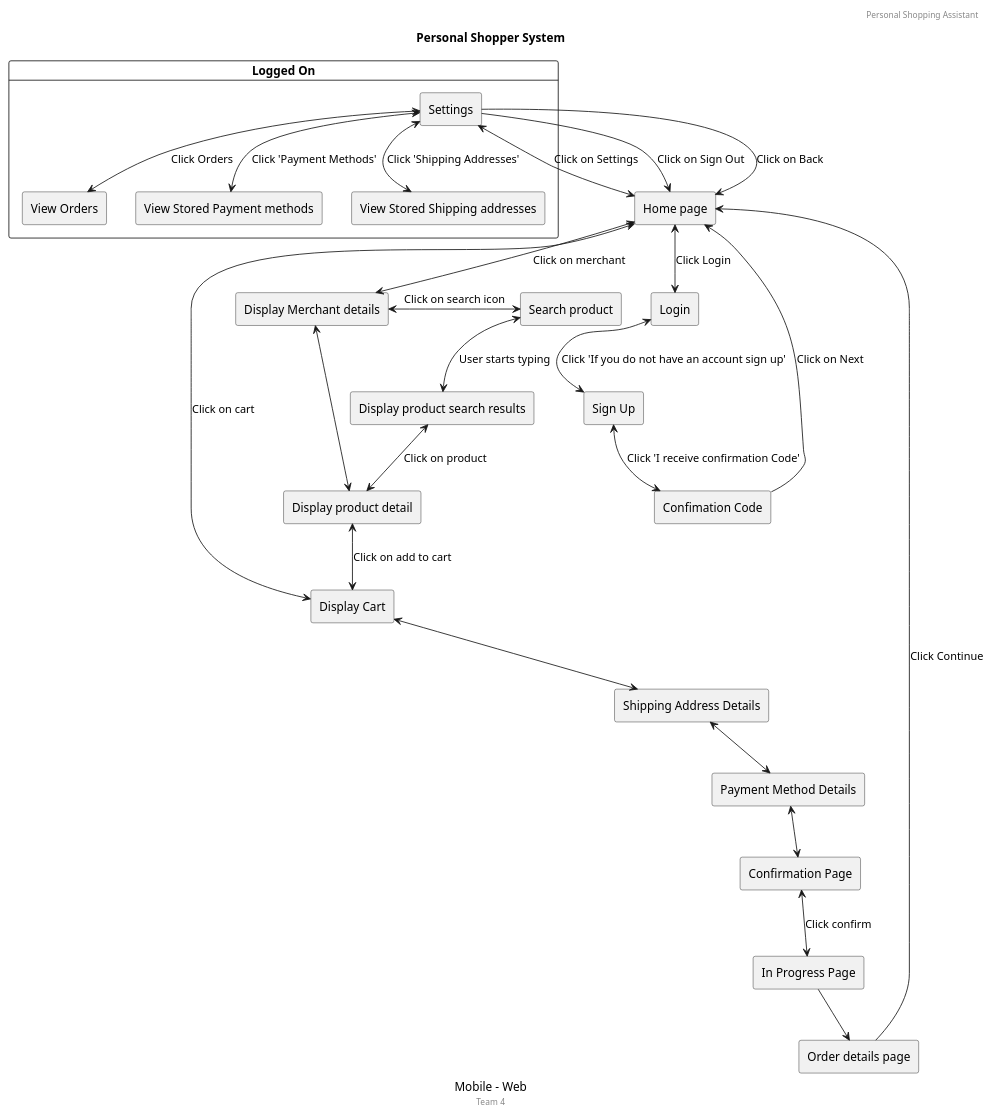
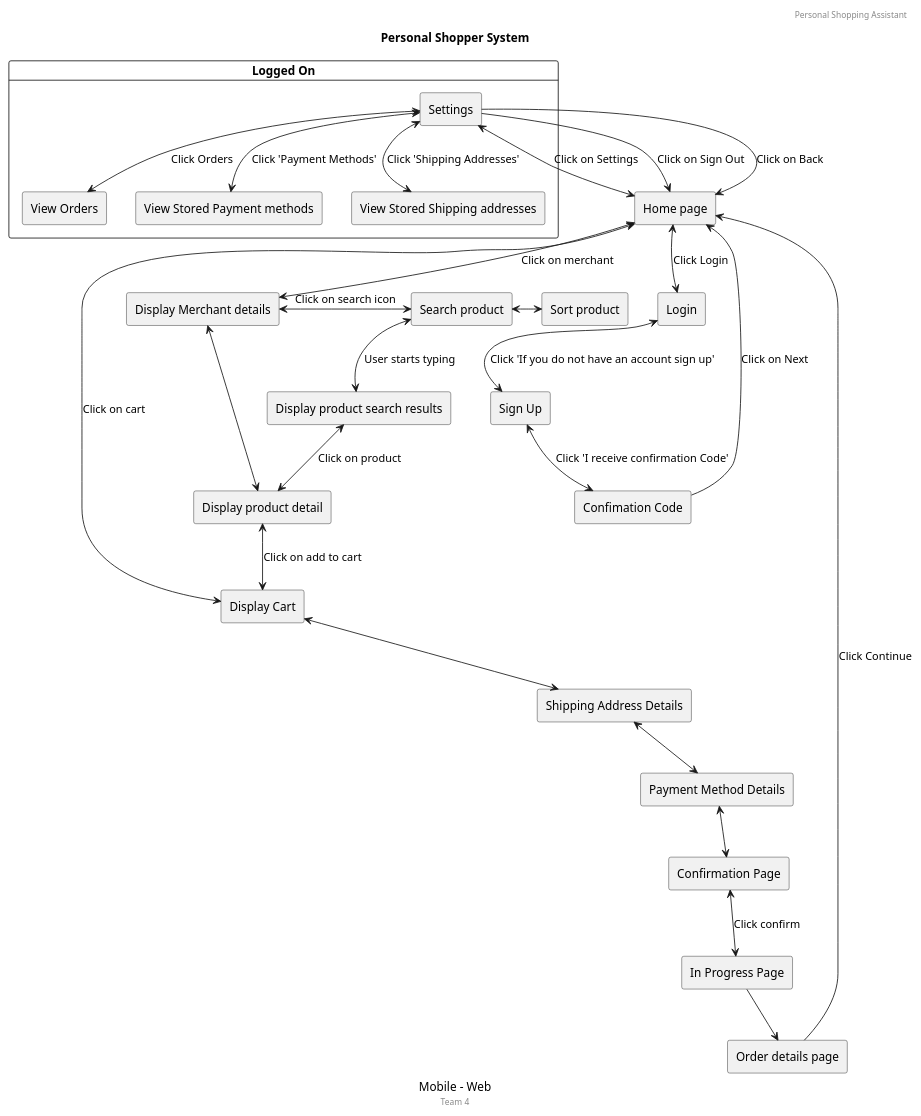
One commit to jjzcru/stevens-564 changed the diagram in Final Project/images/pss.pu. Above: the diagram before and after it, drawn with PlantUML. The commit also changed 11 other files, not shown here.

```diff
--- a/Final Project/images/pss.pu
+++ b/Final Project/images/pss.pu
@@ -1,63 +1,64 @@
 @startuml
 header Personal Shopping Assistant
 title Personal Shopper System
 caption Mobile - Web
 footer Team 4
 
 rectangle "Home page" as home
 rectangle "Login" as login
 rectangle "Sign Up" as sign_up
 rectangle "Confimation Code" as confirm_code
 rectangle "Display Cart" as cart
 rectangle "Display product detail" as product_detail 
 rectangle "Display Merchant details" as merchant_detail
 rectangle "Search product" as search_product 
+rectangle "Sort product" as sort_product 
 rectangle "Display product search results" as search_product_results
 rectangle "Shipping Address Details" as shipping_address
 rectangle "Payment Method Details" as payment_method
 rectangle "Confirmation Page" as confirmation
 rectangle "In Progress Page" as in_progress
 rectangle "Order details page" as order_detail
-
 
 card requires_login as "Logged On" {
     rectangle "View Orders" as view_order
     rectangle "Settings" as settings
     rectangle "View Stored Payment methods" as stored_payment_methods
     rectangle "View Stored Shipping addresses" as stored_shipping_address
 }
 
 home <-> cart: "Click on cart"
 home <--> merchant_detail : "Click on merchant"
 
 merchant_detail <-> product_detail
 merchant_detail <-> search_product : "Click on search icon"
+search_product <-> sort_product
 
 search_product <--> search_product_results: "User starts typing"
 search_product_results <--> product_detail: "Click on product"
 
 product_detail <--> cart: "Click on add to cart"
 cart <--> shipping_address
 shipping_address <--> payment_method
 payment_method <--> confirmation
 confirmation <--> in_progress: "Click confirm"
 
 in_progress --> order_detail
 order_detail --> home: "Click Continue"
 
 home <--> settings: "Click on Settings"
 home <--> login: "Click Login"
 login <--> sign_up: "Click 'If you do not have an account sign up'"
 sign_up <--> confirm_code: "Click 'I receive confirmation Code'"
 confirm_code --> home: "Click on Next"
 
 settings --> home: "Click on Sign Out"
 settings --> home: "Click on Back"
 settings <--> stored_payment_methods: "Click 'Payment Methods'"
 settings <--> stored_shipping_address: "Click 'Shipping Addresses'"
 settings <--> view_order: "Click Orders"
 
 
 
 
 @enduml
```
